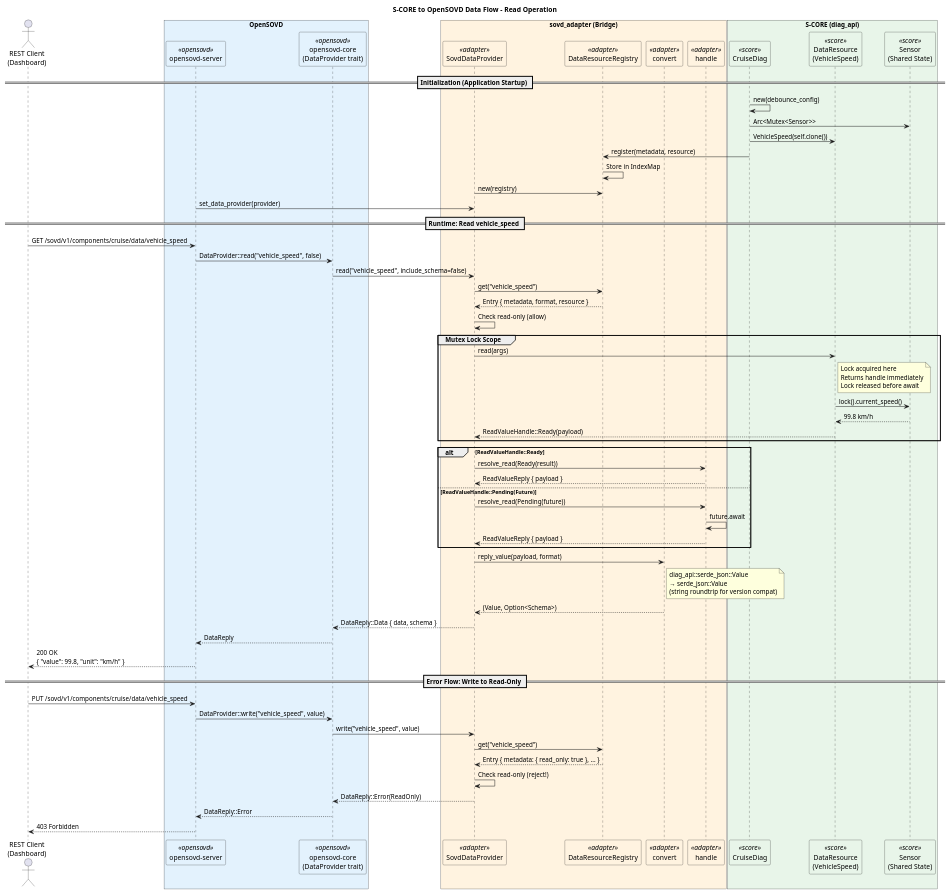
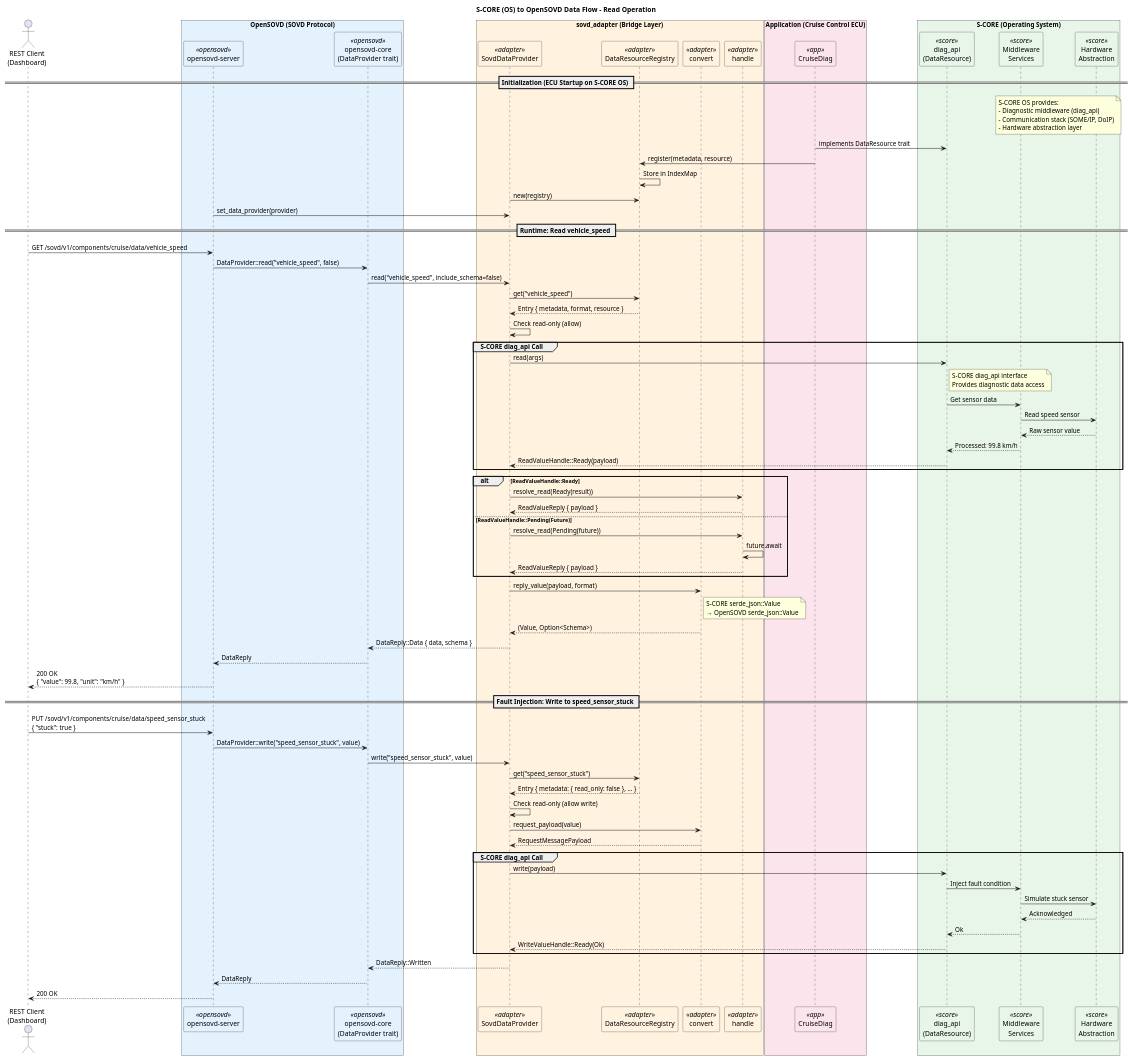
The diagram in contributions/inc-diagnostics-16-evidence/aspice-evidence/SWE.2-architecture/data-flow-score.puml (Eclipse-SDV-Hackathon-Chapter-Four/Thinking_CAPs), drawn with PlantUML before and after one commit. The commit also changed 1 other file, not shown here.

Commit message:
docs(inc-diagnostics-16): update diagram showing S-CORE as OS layer
Restructure data flow diagram to correctly show S-CORE as the
operating system layer with:
- diag_api (DataResource interface)
- Middleware Services (SOME/IP, DoIP)
- Hardware Abstraction Layer

Added Application layer (Cruise Control ECU) as separate component
running on top of S-CORE OS.

🤖 Generated with [Claude Code](https://claude.com/claude-code)

```diff
--- a/contributions/inc-diagnostics-16-evidence/aspice-evidence/SWE.2-architecture/data-flow-score.puml
+++ b/contributions/inc-diagnostics-16-evidence/aspice-evidence/SWE.2-architecture/data-flow-score.puml
@@ -1,95 +1,120 @@
 @startuml
-title S-CORE to OpenSOVD Data Flow - Read Operation
+title S-CORE (OS) to OpenSOVD Data Flow - Read Operation
 
 skinparam participant {
     BackgroundColor<<score>> #E8F5E9
     BackgroundColor<<opensovd>> #E3F2FD
     BackgroundColor<<adapter>> #FFF3E0
+    BackgroundColor<<app>> #FCE4EC
 }
 
 actor "REST Client\n(Dashboard)" as Client
-box "OpenSOVD" #E3F2FD
+
+box "OpenSOVD (SOVD Protocol)" #E3F2FD
     participant "opensovd-server" as Server <<opensovd>>
     participant "opensovd-core\n(DataProvider trait)" as Core <<opensovd>>
 end box
 
-box "sovd_adapter (Bridge)" #FFF3E0
+box "sovd_adapter (Bridge Layer)" #FFF3E0
     participant "SovdDataProvider" as Provider <<adapter>>
     participant "DataResourceRegistry" as Registry <<adapter>>
     participant "convert" as Conv <<adapter>>
     participant "handle" as Handle <<adapter>>
 end box
 
-box "S-CORE (diag_api)" #E8F5E9
-    participant "CruiseDiag" as Cruise <<score>>
-    participant "DataResource\n(VehicleSpeed)" as Resource <<score>>
-    participant "Sensor\n(Shared State)" as Sensor <<score>>
+box "Application (Cruise Control ECU)" #FCE4EC
+    participant "CruiseDiag" as Cruise <<app>>
 end box
 
-== Initialization (Application Startup) ==
+box "S-CORE (Operating System)" #E8F5E9
+    participant "diag_api\n(DataResource)" as Resource <<score>>
+    participant "Middleware\nServices" as MW <<score>>
+    participant "Hardware\nAbstraction" as HAL <<score>>
+end box
 
-Cruise -> Cruise : new(debounce_config)
-Cruise -> Sensor : Arc<Mutex<Sensor>>
-Cruise -> Resource : VehicleSpeed(self.clone())
+== Initialization (ECU Startup on S-CORE OS) ==
+
+note over HAL, MW
+    S-CORE OS provides:
+    - Diagnostic middleware (diag_api)
+    - Communication stack (SOME/IP, DoIP)
+    - Hardware abstraction layer
+end note
+
+Cruise -> Resource : implements DataResource trait
 Cruise -> Registry : register(metadata, resource)
 Registry -> Registry : Store in IndexMap
 Provider -> Registry : new(registry)
 Server -> Provider : set_data_provider(provider)
 
 == Runtime: Read vehicle_speed ==
 
 Client -> Server : GET /sovd/v1/components/cruise/data/vehicle_speed
 Server -> Core : DataProvider::read("vehicle_speed", false)
 Core -> Provider : read("vehicle_speed", include_schema=false)
 
 Provider -> Registry : get("vehicle_speed")
 Registry --> Provider : Entry { metadata, format, resource }
 
 Provider -> Provider : Check read-only (allow)
 
-group Mutex Lock Scope
+group S-CORE diag_api Call
     Provider -> Resource : read(args)
     note right of Resource
-        Lock acquired here
-        Returns handle immediately
-        Lock released before await
+        S-CORE diag_api interface
+        Provides diagnostic data access
     end note
-    Resource -> Sensor : lock().current_speed()
-    Sensor --> Resource : 99.8 km/h
+    Resource -> MW : Get sensor data
+    MW -> HAL : Read speed sensor
+    HAL --> MW : Raw sensor value
+    MW --> Resource : Processed: 99.8 km/h
     Resource --> Provider : ReadValueHandle::Ready(payload)
 end
 
 alt ReadValueHandle::Ready
     Provider -> Handle : resolve_read(Ready(result))
     Handle --> Provider : ReadValueReply { payload }
 else ReadValueHandle::Pending(Future)
     Provider -> Handle : resolve_read(Pending(future))
     Handle -> Handle : future.await
     Handle --> Provider : ReadValueReply { payload }
 end
 
 Provider -> Conv : reply_value(payload, format)
 note right of Conv
-    diag_api::serde_json::Value
-    → serde_json::Value
-    (string roundtrip for version compat)
+    S-CORE serde_json::Value
+    → OpenSOVD serde_json::Value
 end note
 Conv --> Provider : (Value, Option<Schema>)
 
 Provider --> Core : DataReply::Data { data, schema }
 Core --> Server : DataReply
 Server --> Client : 200 OK\n{ "value": 99.8, "unit": "km/h" }
 
-== Error Flow: Write to Read-Only ==
+== Fault Injection: Write to speed_sensor_stuck ==
 
-Client -> Server : PUT /sovd/v1/components/cruise/data/vehicle_speed
-Server -> Core : DataProvider::write("vehicle_speed", value)
-Core -> Provider : write("vehicle_speed", value)
-Provider -> Registry : get("vehicle_speed")
-Registry --> Provider : Entry { metadata: { read_only: true }, ... }
-Provider -> Provider : Check read-only (reject!)
-Provider --> Core : DataReply::Error(ReadOnly)
-Core --> Server : DataReply::Error
-Server --> Client : 403 Forbidden
+Client -> Server : PUT /sovd/v1/components/cruise/data/speed_sensor_stuck\n{ "stuck": true }
+Server -> Core : DataProvider::write("speed_sensor_stuck", value)
+Core -> Provider : write("speed_sensor_stuck", value)
+
+Provider -> Registry : get("speed_sensor_stuck")
+Registry --> Provider : Entry { metadata: { read_only: false }, ... }
+Provider -> Provider : Check read-only (allow write)
+
+Provider -> Conv : request_payload(value)
+Conv --> Provider : RequestMessagePayload
+
+group S-CORE diag_api Call
+    Provider -> Resource : write(payload)
+    Resource -> MW : Inject fault condition
+    MW -> HAL : Simulate stuck sensor
+    HAL --> MW : Acknowledged
+    MW --> Resource : Ok
+    Resource --> Provider : WriteValueHandle::Ready(Ok)
+end
+
+Provider --> Core : DataReply::Written
+Core --> Server : DataReply
+Server --> Client : 200 OK
 
 @enduml
```
